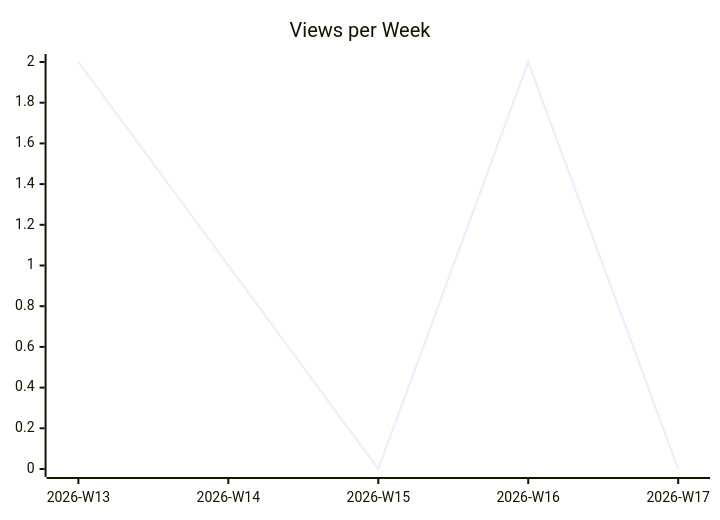
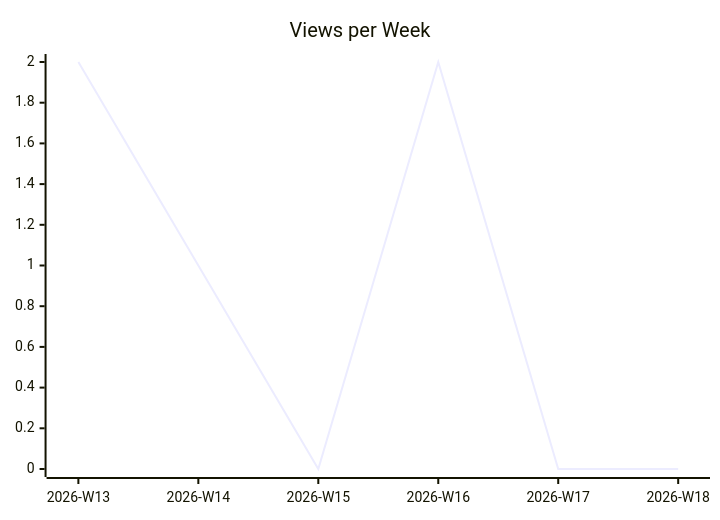
Before and after one commit to justdavis-family/github-analytics-data: the second of 3 diagrams in karlmdavis/ansible-role-bind-dns/README.md, drawn with Mermaid. The commit also changed other lines of this file and 184 other files, not shown here.

````diff
--- a/karlmdavis/ansible-role-bind-dns/README.md
+++ b/karlmdavis/ansible-role-bind-dns/README.md
@@ -12,6 +12,6 @@
 ```mermaid
 xychart-beta
   title "Views per Week"
-  x-axis ["2026-W13", "2026-W14", "2026-W15", "2026-W16", "2026-W17"]
-  line [2, 1, 0, 2, 0]
+  x-axis ["2026-W13", "2026-W14", "2026-W15", "2026-W16", "2026-W17", "2026-W18"]
+  line [2, 1, 0, 2, 0, 0]
 ```
````
